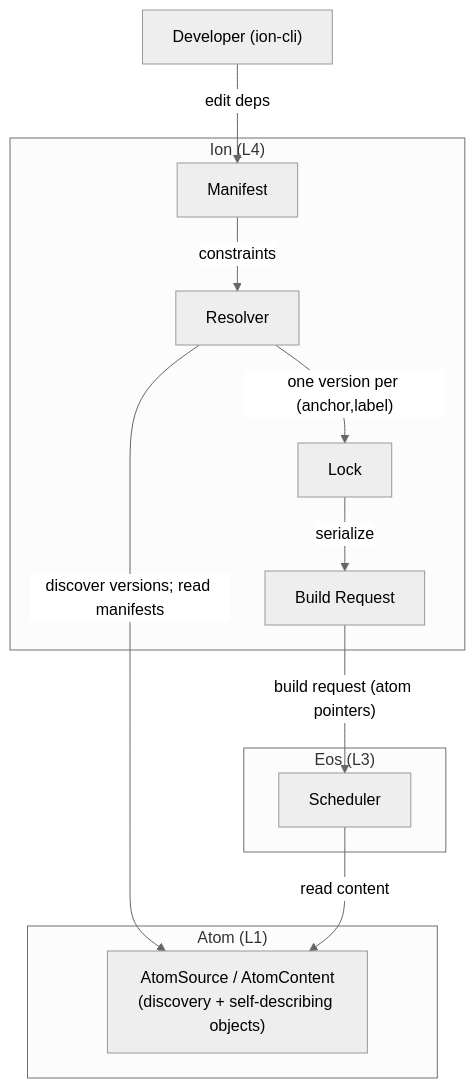
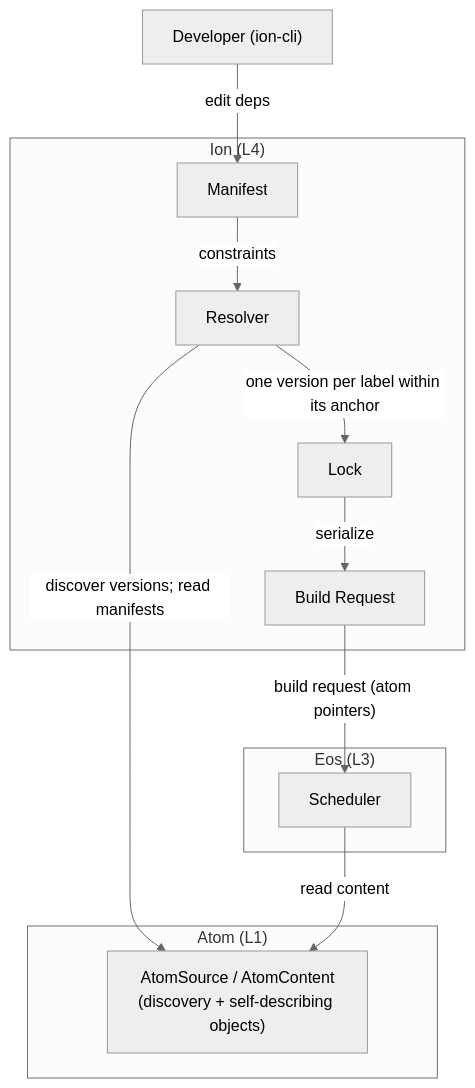
The first of 7 diagrams in docs/architecture/ion-sad.md (axiosoph/axios), drawn with Mermaid (neutral theme) before and after one commit. The commit also changed other lines of this file and 2 other files, not shown here.

````diff
--- a/docs/architecture/ion-sad.md
+++ b/docs/architecture/ion-sad.md
@@ -46,24 +48,24 @@
 ```mermaid
 graph TB
   DEV["Developer (ion-cli)"]
   subgraph L4["Ion (L4)"]
     MAN["Manifest"]
     RES["Resolver"]
     LOCK["Lock"]
     BR["Build Request"]
   end
   subgraph L1["Atom (L1)"]
     SRC["AtomSource / AtomContent\n(discovery + self-describing objects)"]
   end
   subgraph L3["Eos (L3)"]
     EOS["Scheduler"]
   end
 
   DEV -->|"edit deps"| MAN
   MAN -->|"constraints"| RES
   RES -->|"discover versions; read manifests"| SRC
-  RES -->|"one version per (anchor,label)"| LOCK
+  RES -->|"one version per label within its anchor"| LOCK
   LOCK -->|"serialize"| BR
   BR -->|"build request (atom pointers)"| EOS
   EOS -->|"read content"| SRC
 ```
````
